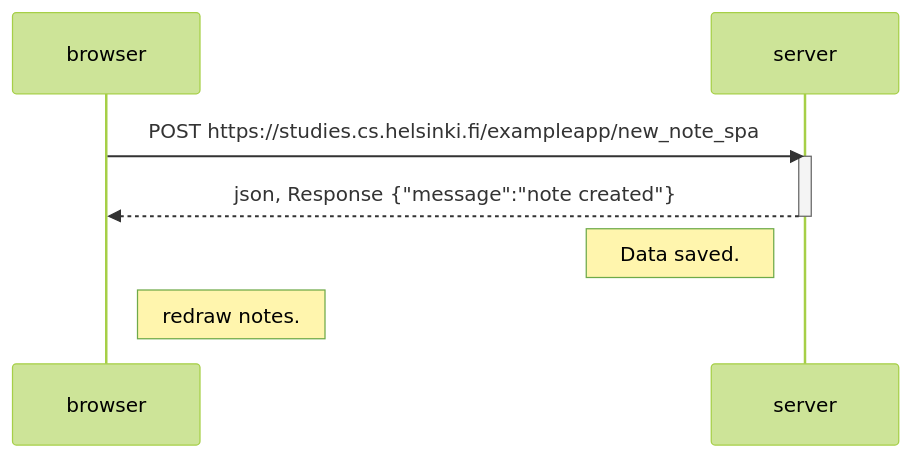
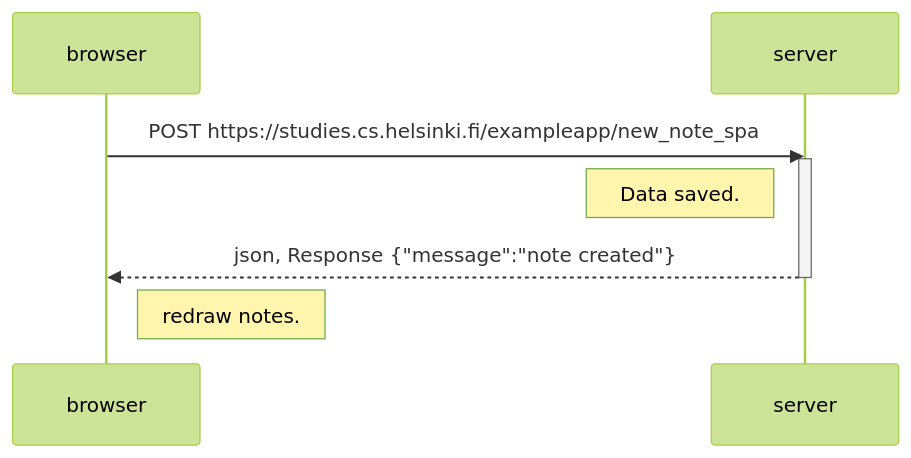
Before and after one commit to Sisarus/FullStack-palautus: the third of 3 diagrams in osa0/README.md, drawn with Mermaid (forest theme). The commit also changed other lines of this file, not shown here.

````diff
--- a/osa0/README.md
+++ b/osa0/README.md
@@ -64,14 +64,14 @@
 ```mermaid
 sequenceDiagram
     participant browser
     participant server
     browser->>server: POST https://studies.cs.helsinki.fi/exampleapp/new_note_spa
     activate server
+    Note left of server: Data saved.
     server-->>browser: json, Response {"message":"note created"}
     deactivate server
     
-    Note left of server: Data saved.
     Note right of browser: redraw notes.
  
     
 ```
````
